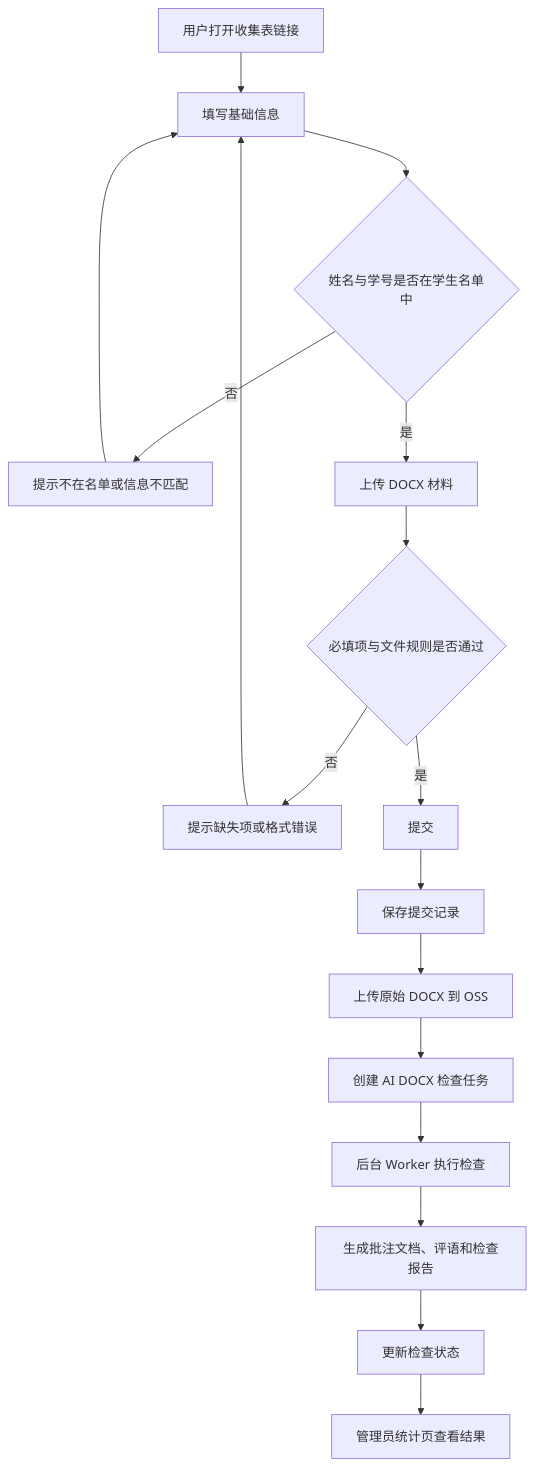
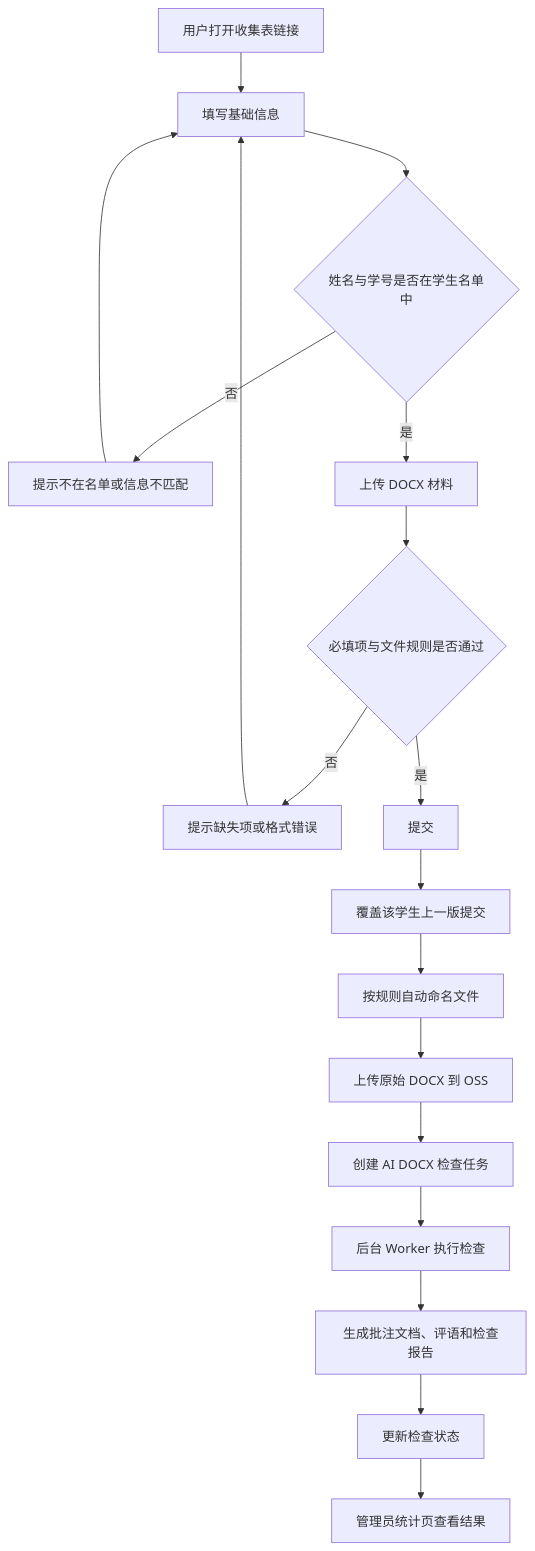
Before and after one commit to layerism/moyin: the second of 4 diagrams in docs/03_design_diagram.md, drawn with Mermaid. The commit also changed other lines of this file and 1 other file, not shown here.

````diff
--- a/docs/03_design_diagram.md
+++ b/docs/03_design_diagram.md
@@ -34,19 +32,20 @@
 ```mermaid
 flowchart TD
   S["用户打开收集表链接"] --> F["填写基础信息"]
   F --> L{"姓名与学号是否在学生名单中"}
   L -- "否" --> N["提示不在名单或信息不匹配"]
   N --> F
   L -- "是" --> U["上传 DOCX 材料"]
   U --> V{"必填项与文件规则是否通过"}
   V -- "否" --> E["提示缺失项或格式错误"]
   E --> F
   V -- "是" --> P["提交"]
-  P --> R["保存提交记录"]
-  R --> O["上传原始 DOCX 到 OSS"]
+  P --> R["覆盖该学生上一版提交"]
+  R --> M["按规则自动命名文件"]
+  M --> O["上传原始 DOCX 到 OSS"]
   O --> Q["创建 AI DOCX 检查任务"]
   Q --> W["后台 Worker 执行检查"]
   W --> X["生成批注文档、评语和检查报告"]
   X --> T["更新检查状态"]
   T --> H["管理员统计页查看结果"]
 ```
````
